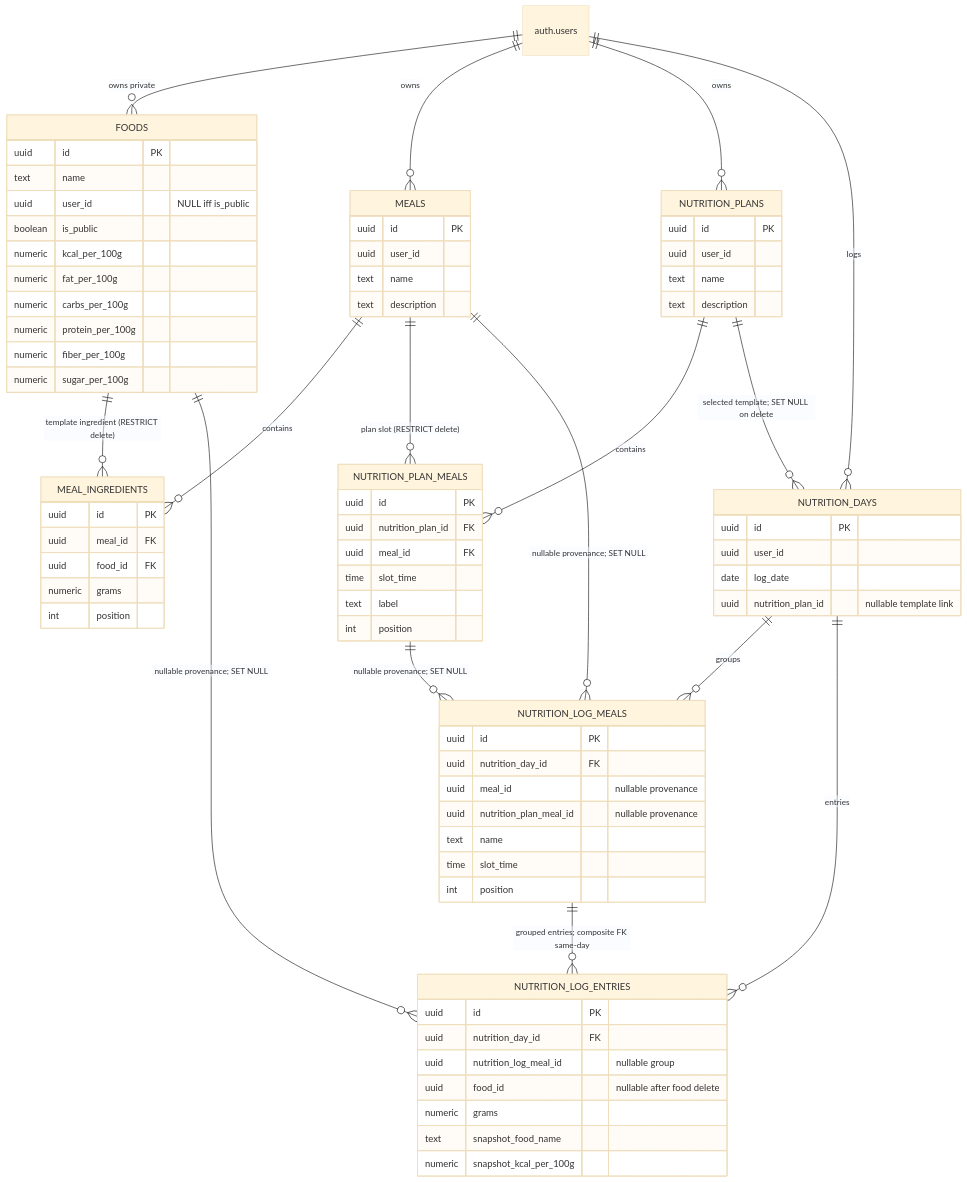
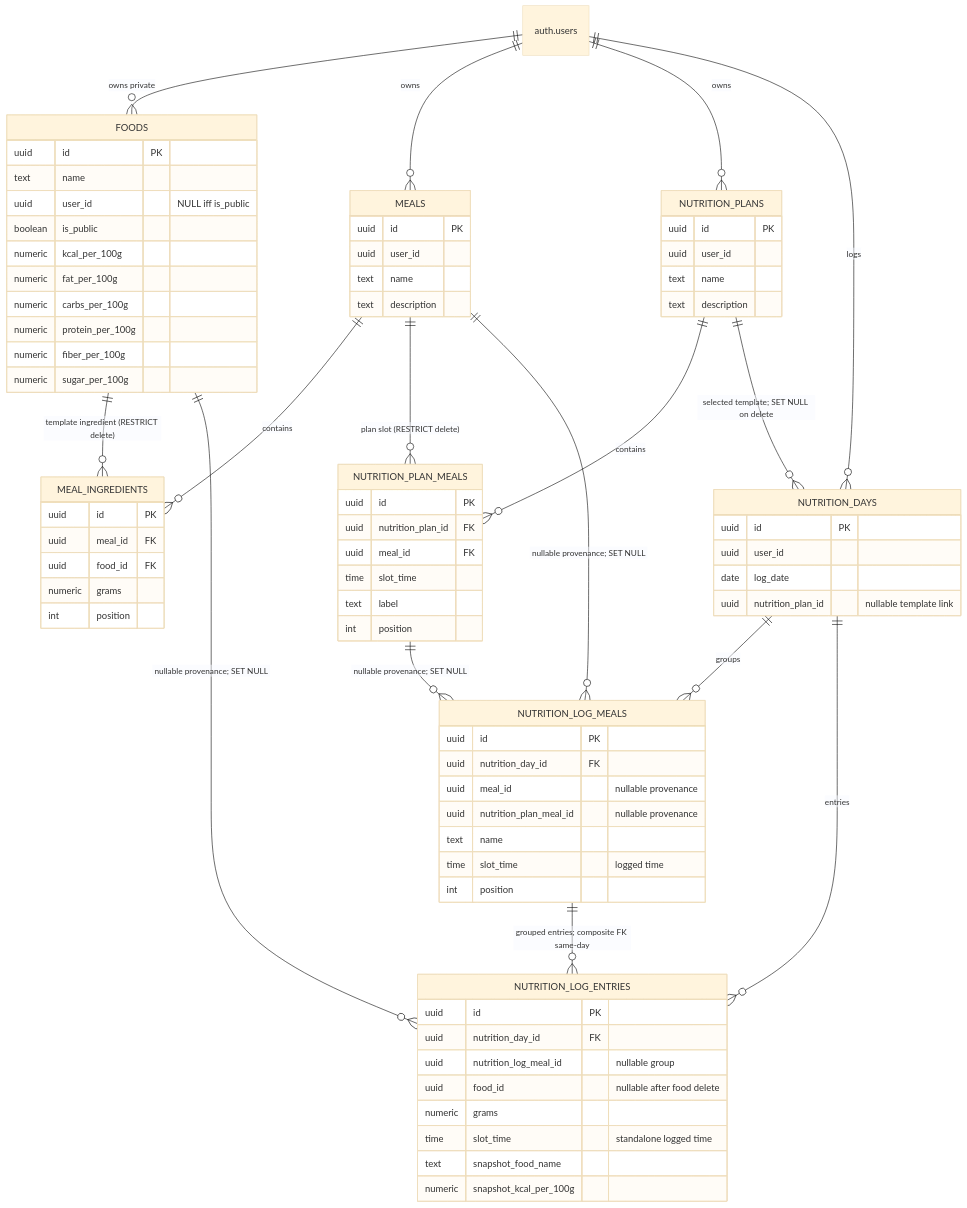
The fourth of 4 diagrams in docs/developers/database.md (dbarrosop/neogym), drawn with Mermaid (base theme) before and after one commit. The commit also changed other lines of this file and 16 other files, not shown here.

````diff
--- a/docs/developers/database.md
+++ b/docs/developers/database.md
@@ -168,41 +168,41 @@
 ```mermaid
 erDiagram
     USERS["auth.users"]
 
     FOODS {
         uuid id PK
         text name
         uuid user_id "NULL iff is_public"
         boolean is_public
         numeric kcal_per_100g
         numeric fat_per_100g
         numeric carbs_per_100g
         numeric protein_per_100g
         numeric fiber_per_100g
         numeric sugar_per_100g
     }
 
     MEALS { uuid id PK uuid user_id text name text description }
     MEAL_INGREDIENTS { uuid id PK uuid meal_id FK uuid food_id FK numeric grams int position }
     NUTRITION_PLANS { uuid id PK uuid user_id text name text description }
     NUTRITION_PLAN_MEALS { uuid id PK uuid nutrition_plan_id FK uuid meal_id FK time slot_time text label int position }
     NUTRITION_DAYS { uuid id PK uuid user_id date log_date uuid nutrition_plan_id "nullable template link" }
-    NUTRITION_LOG_MEALS { uuid id PK uuid nutrition_day_id FK uuid meal_id "nullable provenance" uuid nutrition_plan_meal_id "nullable provenance" text name time slot_time int position }
-    NUTRITION_LOG_ENTRIES { uuid id PK uuid nutrition_day_id FK uuid nutrition_log_meal_id "nullable group" uuid food_id "nullable after food delete" numeric grams text snapshot_food_name numeric snapshot_kcal_per_100g }
+    NUTRITION_LOG_MEALS { uuid id PK uuid nutrition_day_id FK uuid meal_id "nullable provenance" uuid nutrition_plan_meal_id "nullable provenance" text name time slot_time "logged time" int position }
+    NUTRITION_LOG_ENTRIES { uuid id PK uuid nutrition_day_id FK uuid nutrition_log_meal_id "nullable group" uuid food_id "nullable after food delete" numeric grams time slot_time "standalone logged time" text snapshot_food_name numeric snapshot_kcal_per_100g }
 
     USERS ||--o{ FOODS : "owns private"
     USERS ||--o{ MEALS : owns
     USERS ||--o{ NUTRITION_PLANS : owns
     USERS ||--o{ NUTRITION_DAYS : logs
     FOODS ||--o{ MEAL_INGREDIENTS : "template ingredient (RESTRICT delete)"
     MEALS ||--o{ MEAL_INGREDIENTS : contains
     MEALS ||--o{ NUTRITION_PLAN_MEALS : "plan slot (RESTRICT delete)"
     NUTRITION_PLANS ||--o{ NUTRITION_PLAN_MEALS : contains
     NUTRITION_PLANS ||--o{ NUTRITION_DAYS : "selected template; SET NULL on delete"
     NUTRITION_DAYS ||--o{ NUTRITION_LOG_MEALS : groups
     NUTRITION_DAYS ||--o{ NUTRITION_LOG_ENTRIES : entries
     NUTRITION_LOG_MEALS ||--o{ NUTRITION_LOG_ENTRIES : "grouped entries; composite FK same-day"
     MEALS ||--o{ NUTRITION_LOG_MEALS : "nullable provenance; SET NULL"
     NUTRITION_PLAN_MEALS ||--o{ NUTRITION_LOG_MEALS : "nullable provenance; SET NULL"
     FOODS ||--o{ NUTRITION_LOG_ENTRIES : "nullable provenance; SET NULL"
 ```
````
